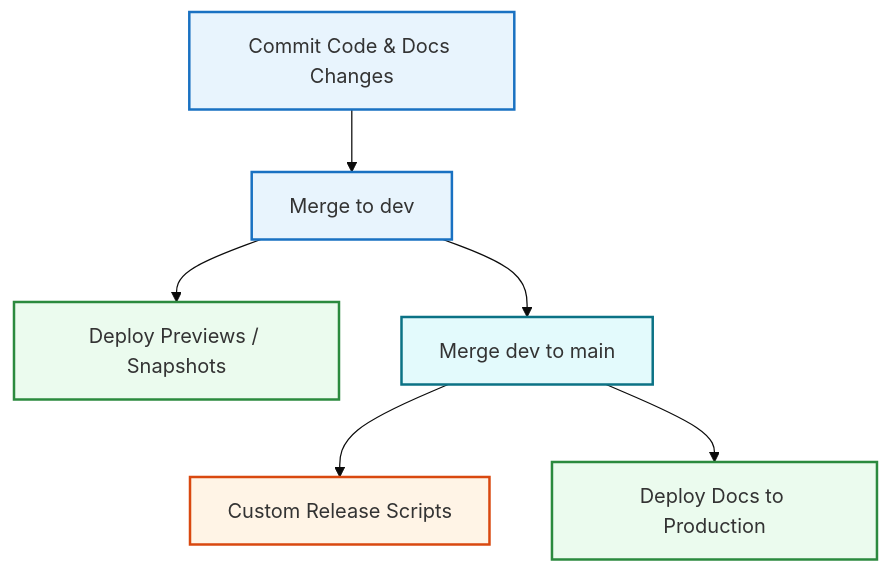
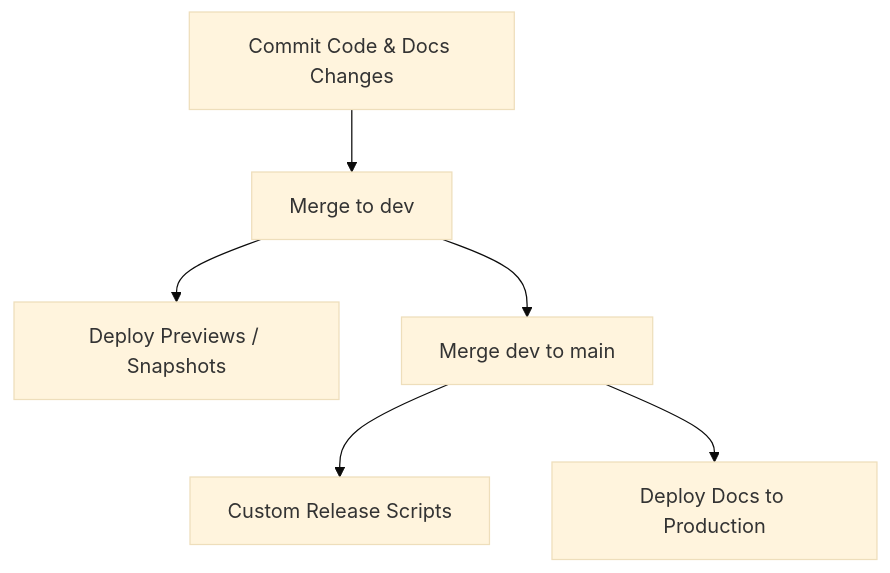
One commit to yamcodes/arkenv changed the third of 5 diagrams in docs/adr/0006-branching-and-release-flow.md. Above: the diagram before and after it, drawn with Mermaid (base theme). The commit also changed other lines of this file, not shown here.

Commit message:
refactor: remove Mermaid class definitions and styling from ADR branching flow diagrams

````diff
--- a/docs/adr/0006-branching-and-release-flow.md
+++ b/docs/adr/0006-branching-and-release-flow.md
@@ -65,13 +56,8 @@
 ```mermaid
 graph TD
-    classDef dev fill:#e8f4fd,stroke:#1971c2,stroke-width:2px;
-    classDef main fill:#e3fafc,stroke:#0b7285,stroke-width:2px;
-    classDef deploy fill:#ebfbee,stroke:#2b8a3e,stroke-width:2px;
-    classDef release fill:#fff4e6,stroke:#d9480f,stroke-width:2px;
-    
-    A[Commit Code & Docs Changes]:::dev --> B[Merge to dev]:::dev
-    B --> C["Deploy Previews / Snapshots"]:::deploy
-    B --> D[Merge dev to main]:::main
-    D --> E[Custom Release Scripts]:::release
-    D --> F[Deploy Docs to Production]:::deploy
+    A[Commit Code & Docs Changes] --> B[Merge to dev]
+    B --> C["Deploy Previews / Snapshots"]
+    B --> D[Merge dev to main]
+    D --> E[Custom Release Scripts]
+    D --> F[Deploy Docs to Production]
 ```
````
